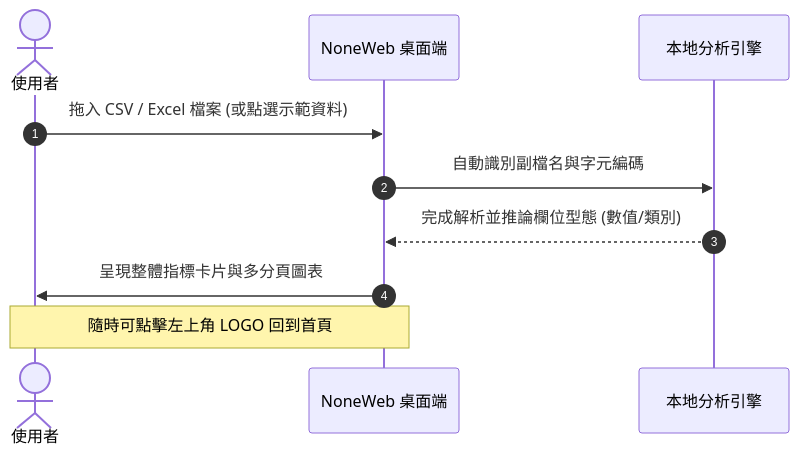
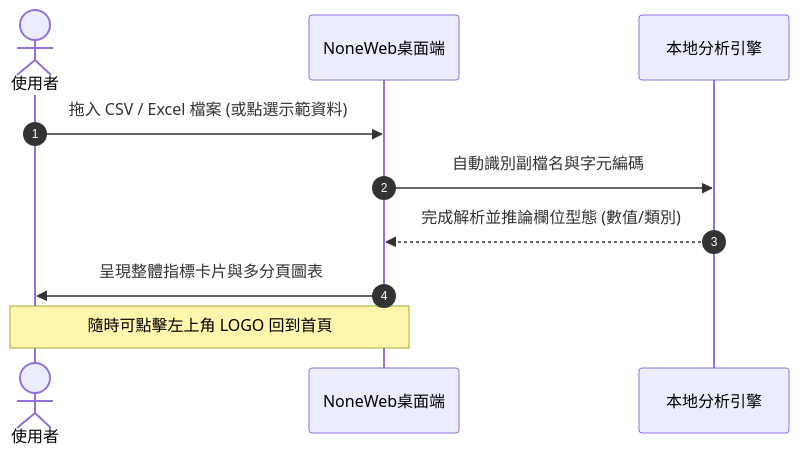
Before and after one commit to DunkLiao/NoneWeb-Data-Analyzer: the second of 2 diagrams in README.md, drawn with Mermaid. The commit also changed 1 other file, not shown here.

Commit message:
fix(docs): 修正 README.md 與 SPEC.md 中 Mermaid 時序圖語法相容性問題

````diff
--- a/README.md
+++ b/README.md
@@ -99,13 +99,13 @@
 ```mermaid
 sequenceDiagram
     autonumber
     actor User as 使用者
-    participant App as NoneWeb 桌面端
+    participant App as NoneWeb桌面端
     participant Engine as 本地分析引擎
 
     User->>App: 拖入 CSV / Excel 檔案 (或點選示範資料)
     App->>Engine: 自動識別副檔名與字元編碼
     Engine-->>App: 完成解析並推論欄位型態 (數值/類別)
     App->>User: 呈現整體指標卡片與多分頁圖表
-    Note over User,App: 隨時可點擊左上角 LOGO 回到首頁
+    Note over User, App: 隨時可點擊左上角 LOGO 回到首頁
 ```
````
